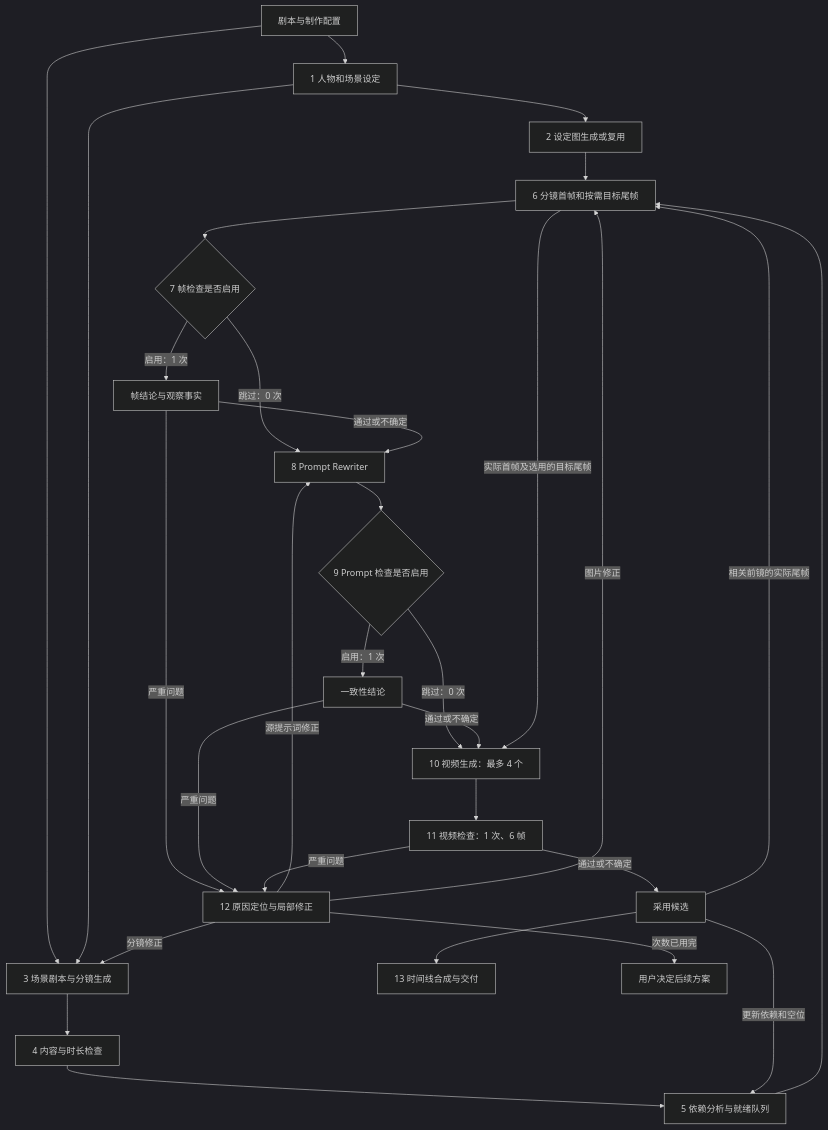
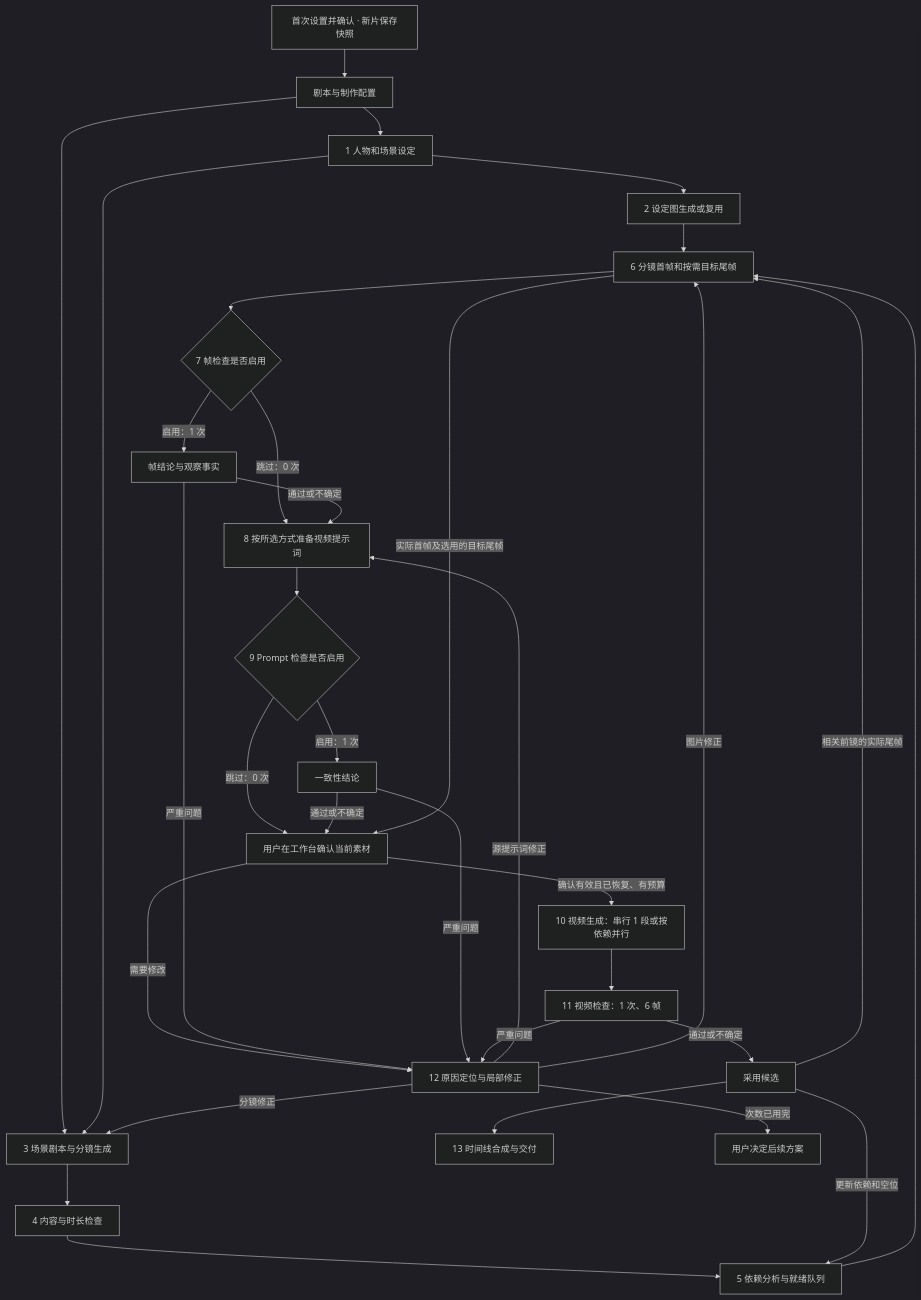
The diagram in .agents/skills/produce-story-video/references/workflow.md (mooncity0126/story-video-skill), drawn with Mermaid (dark theme) before and after one commit. The commit also changed other lines of this file and 42 other files, not shown here.

````diff
--- a/.agents/skills/produce-story-video/references/workflow.md
+++ b/.agents/skills/produce-story-video/references/workflow.md
@@ -7,32 +7,35 @@
 ```mermaid
 flowchart TD
-    A[剧本与制作配置] --> B[1 人物和场景设定]
+    S[首次设置并确认 · 新片保存快照] --> A[剧本与制作配置]
+    A --> B[1 人物和场景设定]
     B --> C[2 设定图生成或复用]
     A --> D[3 场景剧本与分镜生成]
     B --> D
     D --> E[4 内容与时长检查]
     E --> F[5 依赖分析与就绪队列]
     F --> G[6 分镜首帧和按需目标尾帧]
     C --> G
     G --> H{7 帧检查是否启用}
     H -->|启用：1 次| I[帧结论与观察事实]
-    H -->|跳过：0 次| J[8 Prompt Rewriter]
+    H -->|跳过：0 次| J[8 按所选方式准备视频提示词]
     I -->|通过或不确定| J
     J --> K{9 Prompt 检查是否启用}
     K -->|启用：1 次| L[一致性结论]
-    K -->|跳过：0 次| M[10 视频生成：最多 4 个]
-    L -->|通过或不确定| M
-    G -->|实际首帧及选用的目标尾帧| M
+    K -->|跳过：0 次| Q[用户在工作台确认当前素材]
+    L -->|通过或不确定| Q
+    G -->|实际首帧及选用的目标尾帧| Q
+    Q -->|确认有效且已恢复、有预算| M[10 视频生成：串行 1 段或按依赖并行]
+    Q -->|需要修改| R
     M --> N[11 视频检查：1 次、6 帧]
     N -->|通过或不确定| O[采用候选]
     O -->|相关前镜的实际尾帧| G
     O -->|更新依赖和空位| F
     O --> P[13 时间线合成与交付]
     I -->|严重问题| R[12 原因定位与局部修正]
     L -->|严重问题| R
     N -->|严重问题| R
     R -->|源提示词修正| J
     R -->|图片修正| G
     R -->|分镜修正| D
     R -->|次数已用完| U[用户决定后续方案]
 ```
````
